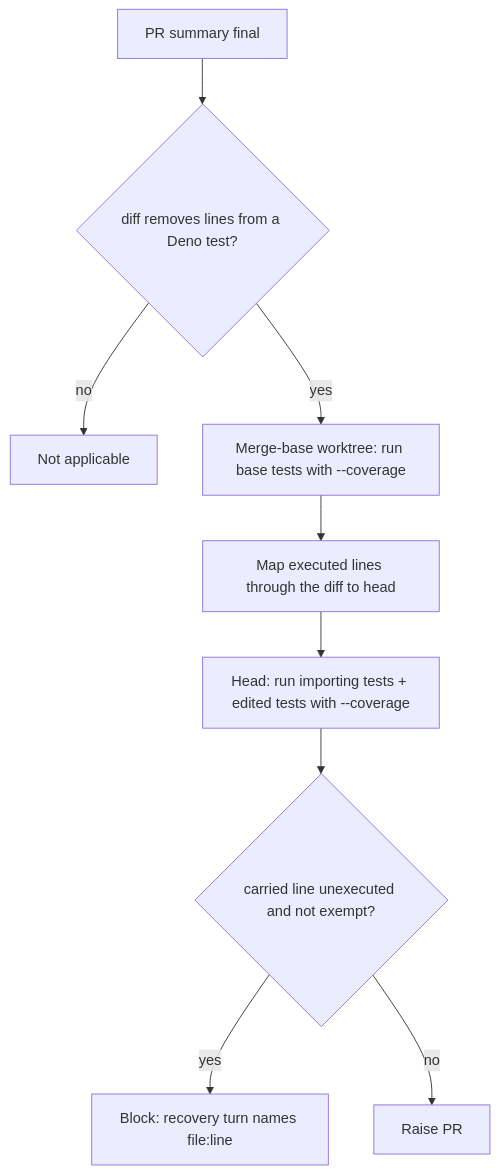
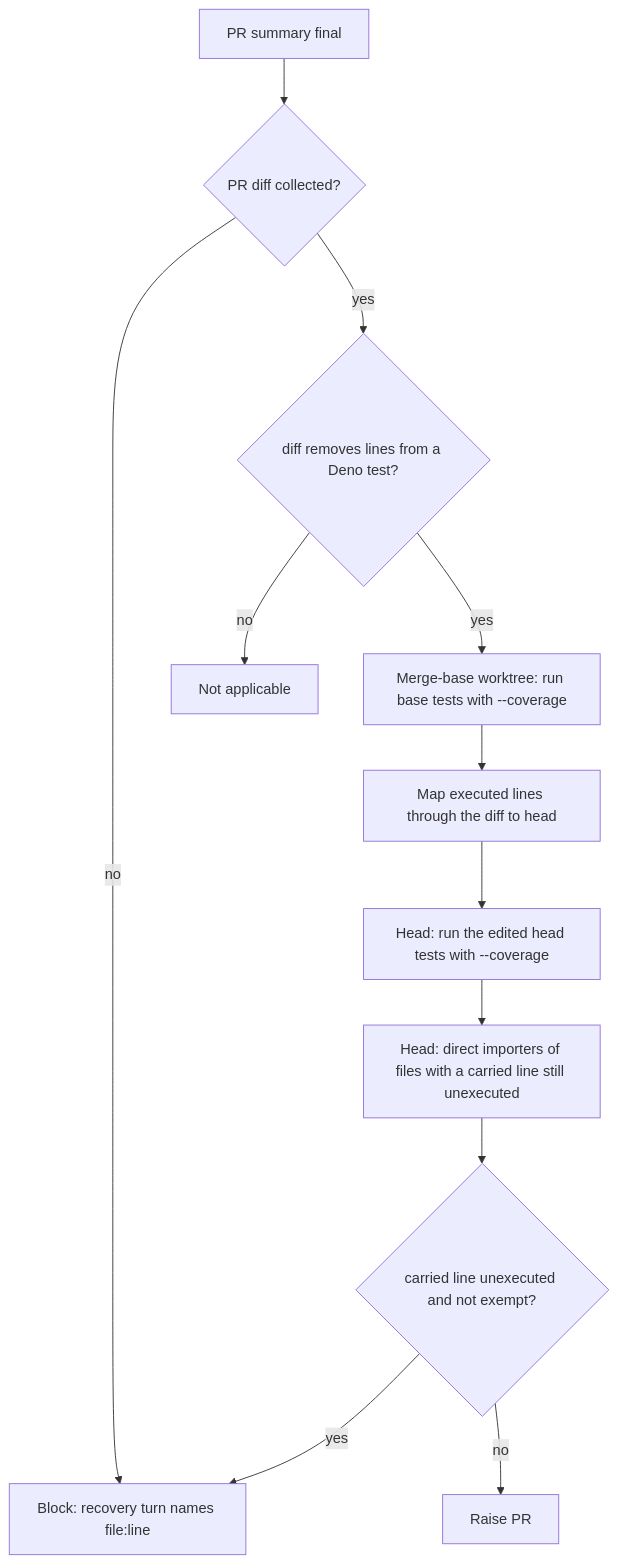
One commit to stSoftwareAU/VibeCoder changed the diagram in docs/archive/pr-summaries/pr-summary-3795.md. Above: the diagram before and after it, drawn with Mermaid. The commit also changed other lines of this file and 6 other files, not shown here.

First line of the commit message:
Coverage carry-over: narrow the head side and correct its docs (Issue #3795)

````diff
--- a/docs/archive/pr-summaries/pr-summary-3795.md
+++ b/docs/archive/pr-summaries/pr-summary-3795.md
@@ -28,11 +28,14 @@
 ```mermaid
 flowchart TD
-    A["PR summary final"] --> B{"diff removes lines from a Deno test?"}
+    A["PR summary final"] --> P{"PR diff collected?"}
+    P -- no --> X
+    P -- yes --> B{"diff removes lines from a Deno test?"}
     B -- no --> Z["Not applicable"]
     B -- yes --> C["Merge-base worktree: run base tests with --coverage"]
     C --> D["Map executed lines through the diff to head"]
-    D --> E["Head: run importing tests + edited tests with --coverage"]
-    E --> F{"carried line unexecuted and not exempt?"}
+    D --> E["Head: run the edited head tests with --coverage"]
+    E --> I["Head: direct importers of files with a carried line still unexecuted"]
+    I --> F{"carried line unexecuted and not exempt?"}
     F -- yes --> X["Block: recovery turn names file:line"]
     F -- no --> Z2["Raise PR"]
 ```
````
